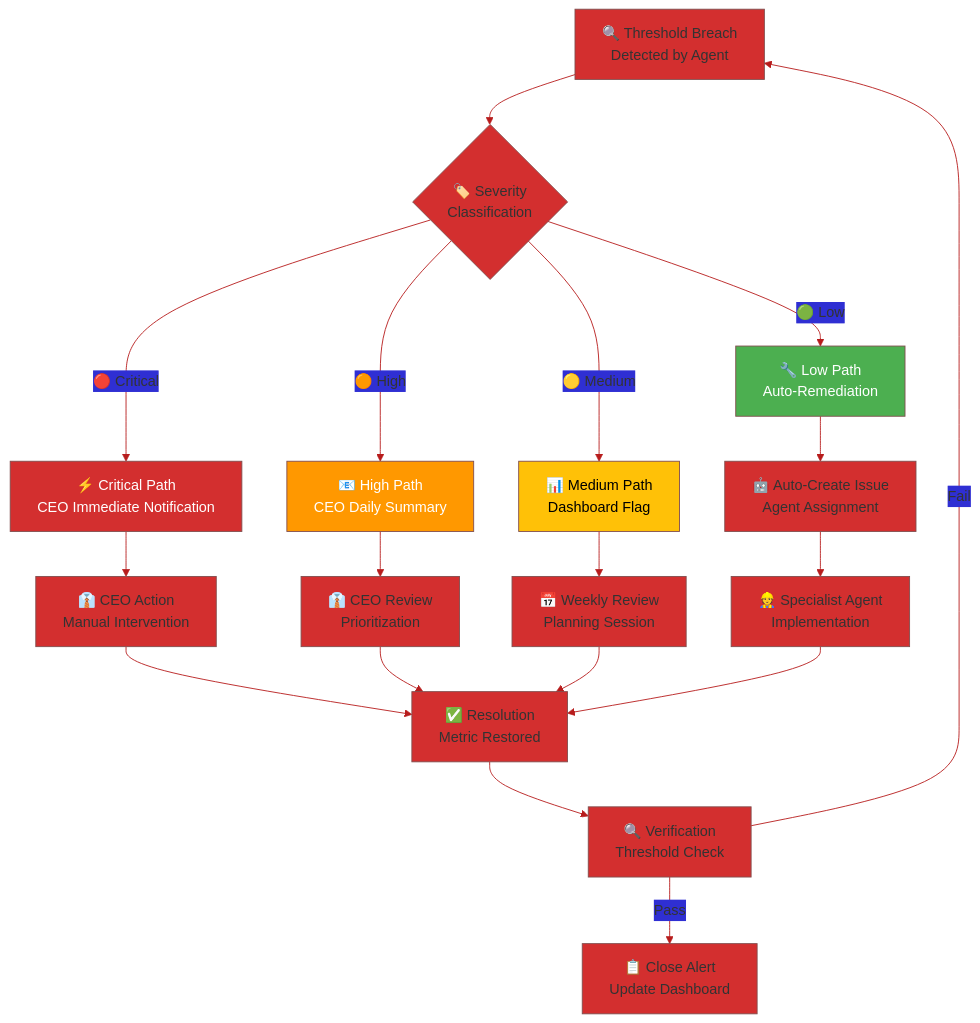
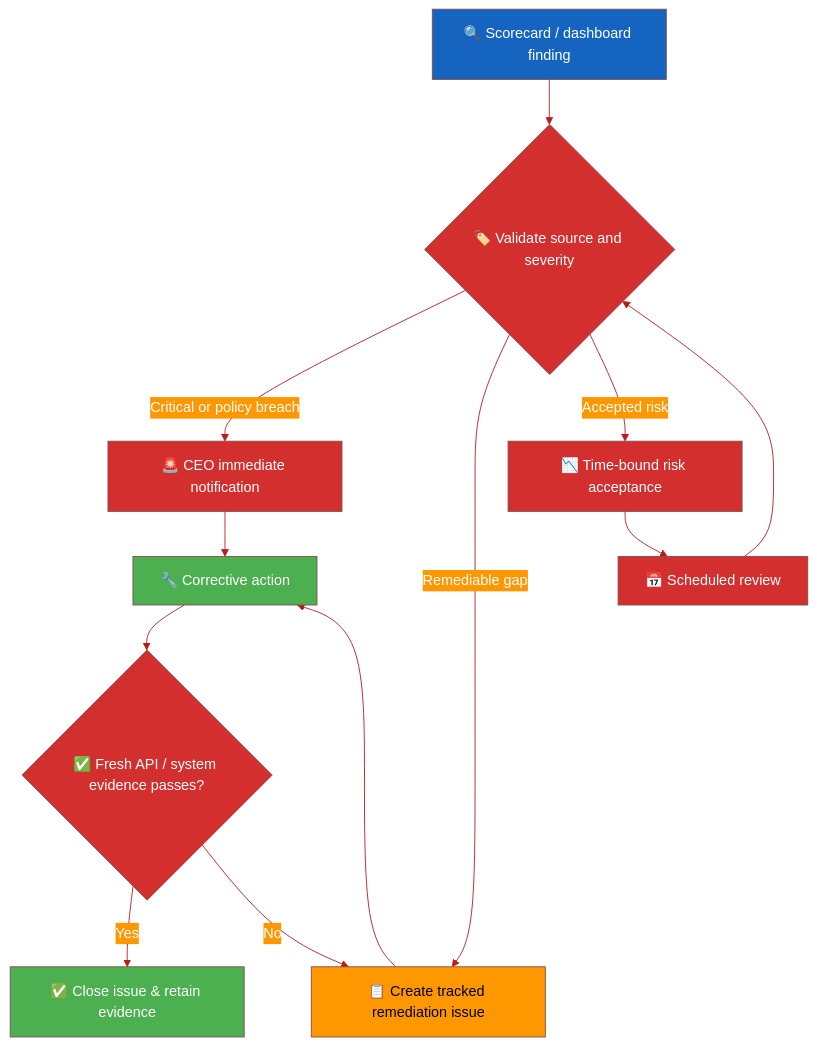
One commit to Hack23/ISMS-PUBLIC changed the second of 2 diagrams in Security_Metrics.md. Above: the diagram before and after it, drawn with Mermaid. The commit also changed other lines of this file, not shown here.

````diff
--- a/Security_Metrics.md
+++ b/Security_Metrics.md
@@ -652,38 +365,21 @@
 ```mermaid
-%%{
-  init: {
-    'theme': 'base',
-    'themeVariables': {
-      'primaryColor': '#D32F2F',
-      'lineColor': '#B71C1C'
-    }
-  }
-}%%
+%%{init: {'theme': 'base', 'themeVariables': {'primaryColor': '#D32F2F', 'primaryTextColor': '#ffffff', 'lineColor': '#B71C1C', 'secondaryColor': '#FF9800', 'tertiaryColor': '#4CAF50'}}}%%
 flowchart TD
-    DETECT["🔍 Threshold Breach<br/>Detected by Agent"] --> CLASSIFY{"🏷️ Severity<br/>Classification"}
-    
-    CLASSIFY -->|🔴 Critical| CRITICAL_PATH["⚡ Critical Path<br/>CEO Immediate Notification"]
-    CLASSIFY -->|🟠 High| HIGH_PATH["📧 High Path<br/>CEO Daily Summary"]
-    CLASSIFY -->|🟡 Medium| MEDIUM_PATH["📊 Medium Path<br/>Dashboard Flag"]
-    CLASSIFY -->|🟢 Low| LOW_PATH["🔧 Low Path<br/>Auto-Remediation"]
-    
-    CRITICAL_PATH --> CEO_ACTION["👔 CEO Action<br/>Manual Intervention"]
-    HIGH_PATH --> CEO_REVIEW["👔 CEO Review<br/>Prioritization"]
-    MEDIUM_PATH --> WEEKLY_REVIEW["📅 Weekly Review<br/>Planning Session"]
-    LOW_PATH --> AUTO_ISSUE["🤖 Auto-Create Issue<br/>Agent Assignment"]
-    
-    CEO_ACTION --> RESOLVE["✅ Resolution<br/>Metric Restored"]
-    CEO_REVIEW --> RESOLVE
-    WEEKLY_REVIEW --> RESOLVE
-    AUTO_ISSUE --> SPECIALIST["👷 Specialist Agent<br/>Implementation"]
-    SPECIALIST --> RESOLVE
-    
-    RESOLVE --> VERIFY["🔍 Verification<br/>Threshold Check"]
-    VERIFY -->|Pass| CLOSE["📋 Close Alert<br/>Update Dashboard"]
-    VERIFY -->|Fail| DETECT
-    
-    style CRITICAL_PATH fill:#D32F2F,color:#fff
-    style HIGH_PATH fill:#FF9800,color:#fff
-    style MEDIUM_PATH fill:#FFC107,color:#000
-    style LOW_PATH fill:#4CAF50,color:#fff
+    DETECT["🔍 Scorecard / dashboard finding"] --> TRIAGE{"🏷️ Validate source and severity"}
+    TRIAGE -->|Critical or policy breach| ESCALATE["🚨 CEO immediate notification"]
+    TRIAGE -->|Remediable gap| ISSUE["📋 Create tracked remediation issue"]
+    TRIAGE -->|Accepted risk| RISK["📉 Time-bound risk acceptance"]
+    ESCALATE --> FIX["🔧 Corrective action"]
+    ISSUE --> FIX
+    RISK --> REVIEW["📅 Scheduled review"]
+    FIX --> VERIFY{"✅ Fresh API / system evidence passes?"}
+    VERIFY -->|Yes| CLOSE["✅ Close issue & retain evidence"]
+    VERIFY -->|No| ISSUE
+    REVIEW --> TRIAGE
+
+    style DETECT fill:#1565C0,color:#fff
+    style ESCALATE fill:#D32F2F,color:#fff
+    style ISSUE fill:#FF9800,color:#000
+    style FIX fill:#4CAF50,color:#fff
+    style CLOSE fill:#4CAF50,color:#fff
 ```
````
